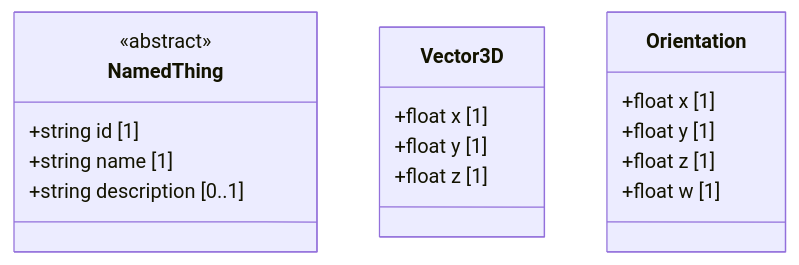
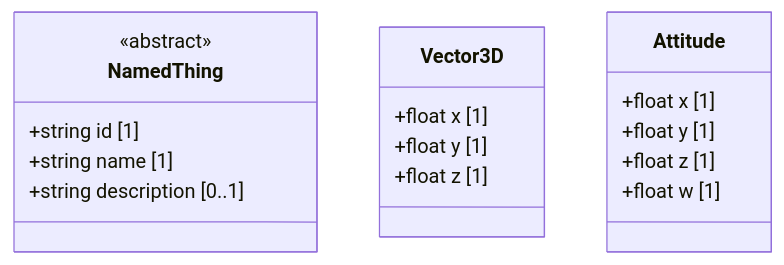
One commit to M4jor-Tom/starflake.ontology.linkml changed the first of 3 diagrams in docs/ontology-graph.md. Above: the diagram before and after it, drawn with Mermaid. The commit also changed other lines of this file and 6 other files, not shown here.

First line of the commit message:
feat!: add starting ship class and rename Orientation to Attitude

````diff
--- a/docs/ontology-graph.md
+++ b/docs/ontology-graph.md
@@ -13,20 +13,20 @@
 ```mermaid
 classDiagram
 class NamedThing {
   <<abstract>>
   +string id [1]
   +string name [1]
   +string description [0..1]
 }
 class Vector3D {
   +float x [1]
   +float y [1]
   +float z [1]
 }
-class Orientation {
+class Attitude {
   +float x [1]
   +float y [1]
   +float z [1]
   +float w [1]
 }
 ```
````
